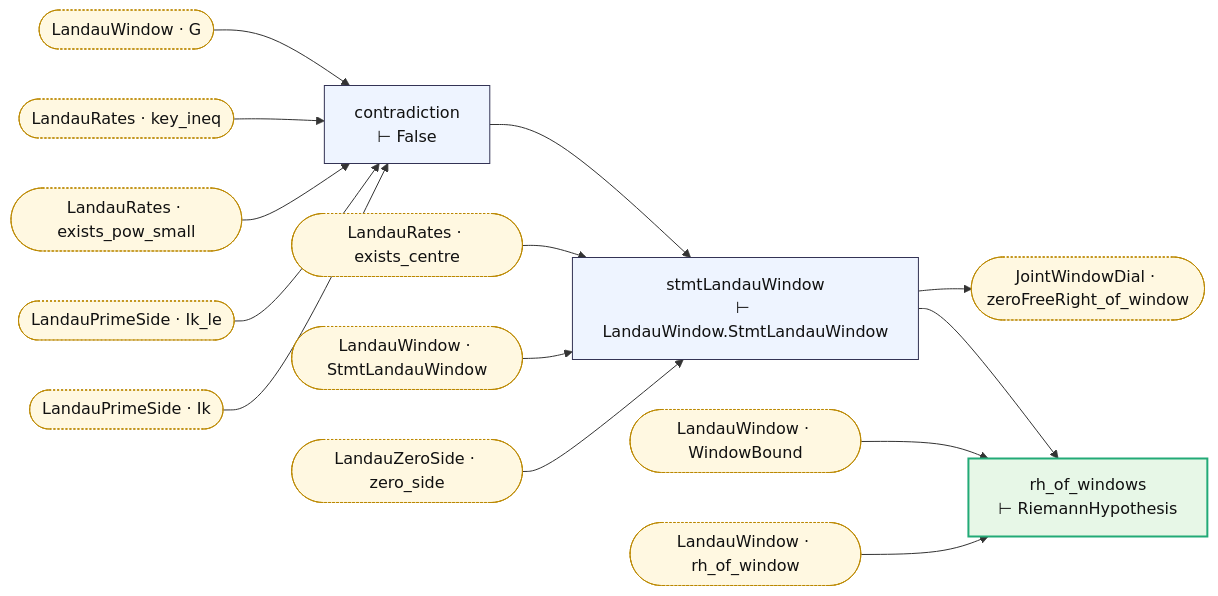
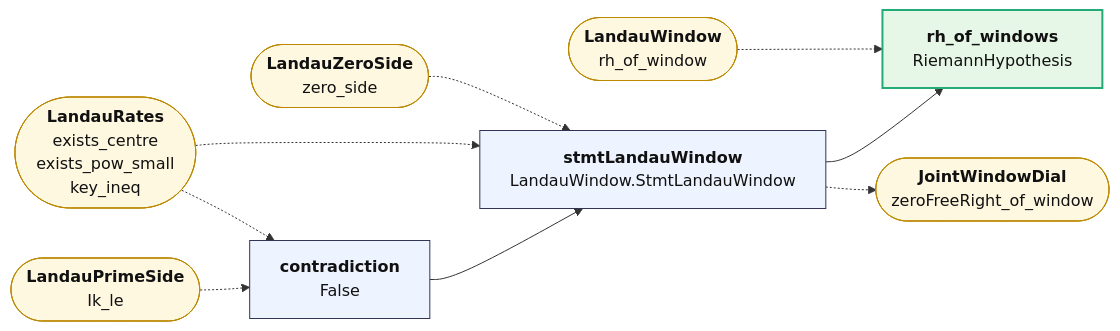
One commit to juliansambranojr/Primebeat_081426 changed the diagram in map/lean_stage3/LandauCriterion.md. Above: the diagram before and after it, drawn with Mermaid. The commit also changed other lines of this file and 387 other files, not shown here.

````diff
--- a/map/lean_stage3/LandauCriterion.md
+++ b/map/lean_stage3/LandauCriterion.md
@@ -8,36 +12,24 @@
 ```mermaid
 flowchart LR
-  n0["contradiction<br/>⊢ False"]:::thm
-  n1["stmtLandauWindow<br/>⊢ LandauWindow.StmtLandauWindow"]:::thm
-  n2["rh_of_windows<br/>⊢ RiemannHypothesis"]:::end_
-  x0(["JointWindowDial · zeroFreeRight_of_window"]):::ext
-  x1(["LandauPrimeSide · Ik"]):::ext
-  x2(["LandauPrimeSide · Ik_le"]):::ext
-  x3(["LandauRates · exists_centre"]):::ext
-  x4(["LandauRates · exists_pow_small"]):::ext
-  x5(["LandauRates · key_ineq"]):::ext
-  x6(["LandauWindow · G"]):::ext
-  x7(["LandauWindow · StmtLandauWindow"]):::ext
-  x8(["LandauWindow · WindowBound"]):::ext
-  x9(["LandauWindow · rh_of_window"]):::ext
-  x10(["LandauZeroSide · zero_side"]):::ext
+  n0["<b>contradiction</b><br/>False"]:::thm
+  n1["<b>stmtLandauWindow</b><br/>LandauWindow.StmtLandauWindow"]:::thm
+  n2["<b>rh_of_windows</b><br/>RiemannHypothesis"]:::end_
+  x0(["<b>LandauPrimeSide</b><br/>Ik_le"]):::ext
+  x1(["<b>LandauRates</b><br/>exists_centre<br/>exists_pow_small<br/>key_ineq"]):::ext
+  x2(["<b>LandauZeroSide</b><br/>zero_side"]):::ext
+  x3(["<b>JointWindowDial</b><br/>zeroFreeRight_of_window"]):::ext
+  x4(["<b>LandauWindow</b><br/>rh_of_window"]):::ext
   n0 --> n1
   n1 --> n2
-  n1 --> x0
-  x1 --> n0
-  x10 --> n1
-  x2 --> n0
-  x3 --> n1
-  x4 --> n0
-  x5 --> n0
-  x6 --> n0
-  x7 --> n1
-  x8 --> n2
-  x9 --> n2
+  n1 -.-> x3
+  x0 -.-> n0
+  x1 -.-> n0
+  x1 -.-> n1
+  x2 -.-> n1
+  x4 -.-> n2
   classDef thm fill:#eef4ff,stroke:#335,color:#111
-  classDef dfn fill:#f2f2f2,stroke:#777,color:#111
   classDef end_ fill:#e7f7e7,stroke:#2a7,color:#111,stroke-width:2px
   classDef lone fill:#fff,stroke:#999,color:#111,stroke-dasharray:4 3
   classDef bad fill:#ffe5e5,stroke:#c22,color:#111,stroke-width:2px
-  classDef ext fill:#fff8e1,stroke:#b80,color:#111,stroke-dasharray:2 2
+  classDef ext fill:#fff8e1,stroke:#b80,color:#111
 ```
````
